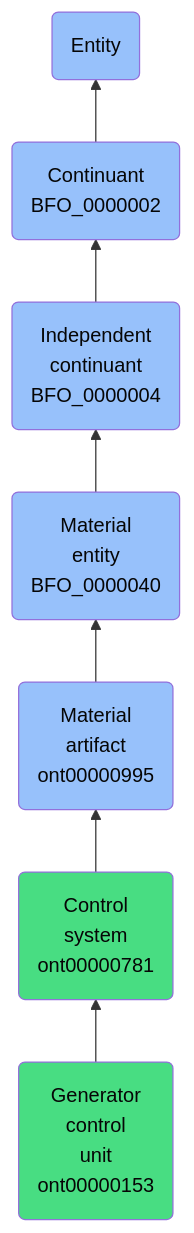
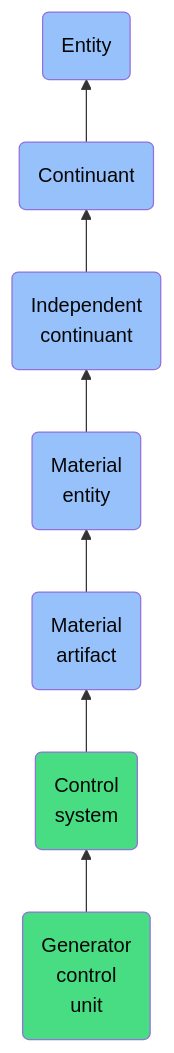
One commit to jupyter-naas/abi changed the diagram in docs/ontology/reference/model/Entity/Continuant/Independent continuant/Material entity/Material artifact/Control system/Generator control unit/Generator control unit.md. Above: the diagram before and after it, drawn with Mermaid. The commit also changed other lines of this file and 1430 other files, not shown here.

````diff
--- a/docs/ontology/reference/model/Entity/Continuant/Independent continuant/Material entity/Material artifact/Control system/Generator control unit/Generator control unit.md
+++ b/docs/ontology/reference/model/Entity/Continuant/Independent continuant/Material entity/Material artifact/Control system/Generator control unit/Generator control unit.md
@@ -24,14 +24,14 @@
 ```mermaid
 graph BT
-    ont00000153(Generator<br>control<br>unit<br>ont00000153):::ABI-->ont00000781
-    ont00000781(Control<br>system<br>ont00000781):::ABI-->ont00000995
-    ont00000995(Material<br>artifact<br>ont00000995):::BFO-->BFO_0000040
-    BFO_0000040(Material<br>entity<br>BFO_0000040):::BFO-->BFO_0000004
-    BFO_0000004(Independent<br>continuant<br>BFO_0000004):::BFO-->BFO_0000002
-    BFO_0000002(Continuant<br>BFO_0000002):::BFO-->BFO_0000001
+    ont00000153(Generator<br>control<br>unit):::ABI-->ont00000781
+    ont00000781(Control<br>system):::ABI-->ont00000995
+    ont00000995(Material<br>artifact):::BFO-->BFO_0000040
+    BFO_0000040(Material<br>entity):::BFO-->BFO_0000004
+    BFO_0000004(Independent<br>continuant):::BFO-->BFO_0000002
+    BFO_0000002(Continuant):::BFO-->BFO_0000001
     BFO_0000001(Entity):::BFO
     
     classDef BFO fill:#97c1fb,color:#060606
     classDef CCO fill:#e4c51e,color:#060606
     classDef ABI fill:#48DD82,color:#060606
 ```
````
